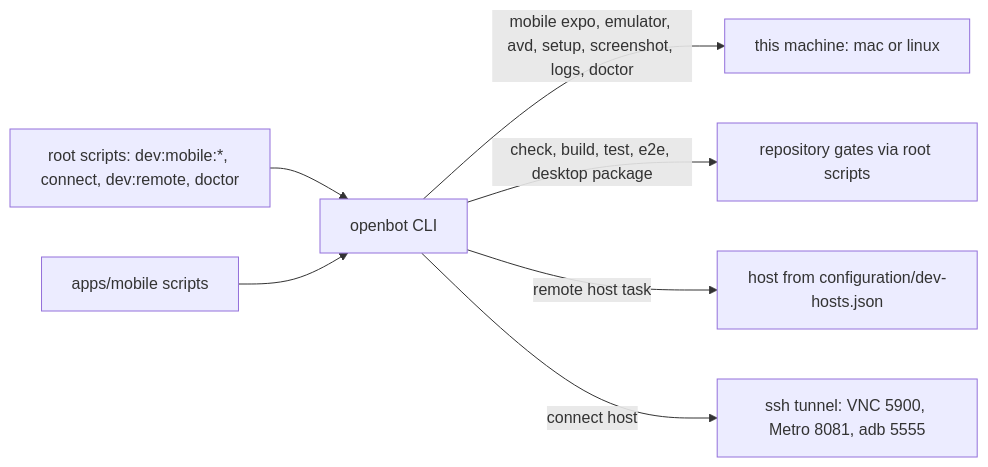
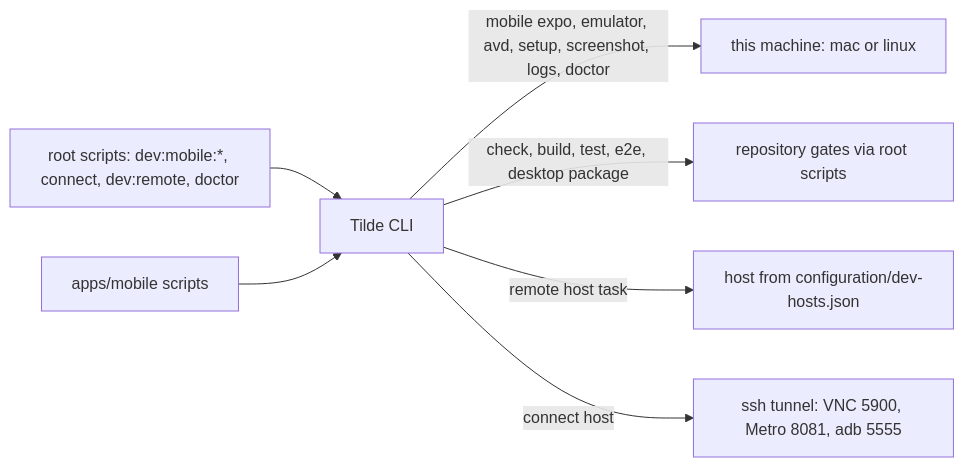
Before and after one commit to trytilde/dispatch: the diagram in docs/updates/48.md, drawn with Mermaid. The commit also changed other lines of this file and 668 other files, not shown here.

````diff
--- a/docs/updates/48.md
+++ b/docs/updates/48.md
@@ -11,9 +11,9 @@
 ```mermaid
 flowchart LR
-  R["root scripts: dev:mobile:*, connect, dev:remote, doctor"] --> C["openbot CLI"]
+  R["root scripts: dev:mobile:*, connect, dev:remote, doctor"] --> C["Tilde CLI"]
   M["apps/mobile scripts"] --> C
   C -->|"mobile expo, emulator, avd, setup, screenshot, logs, doctor"| L["this machine: mac or linux"]
   C -->|"check, build, test, e2e, desktop package"| G["repository gates via root scripts"]
   C -->|"remote host task"| H["host from configuration/dev-hosts.json"]
   C -->|"connect host"| T["ssh tunnel: VNC 5900, Metro 8081, adb 5555"]
 ```
````
